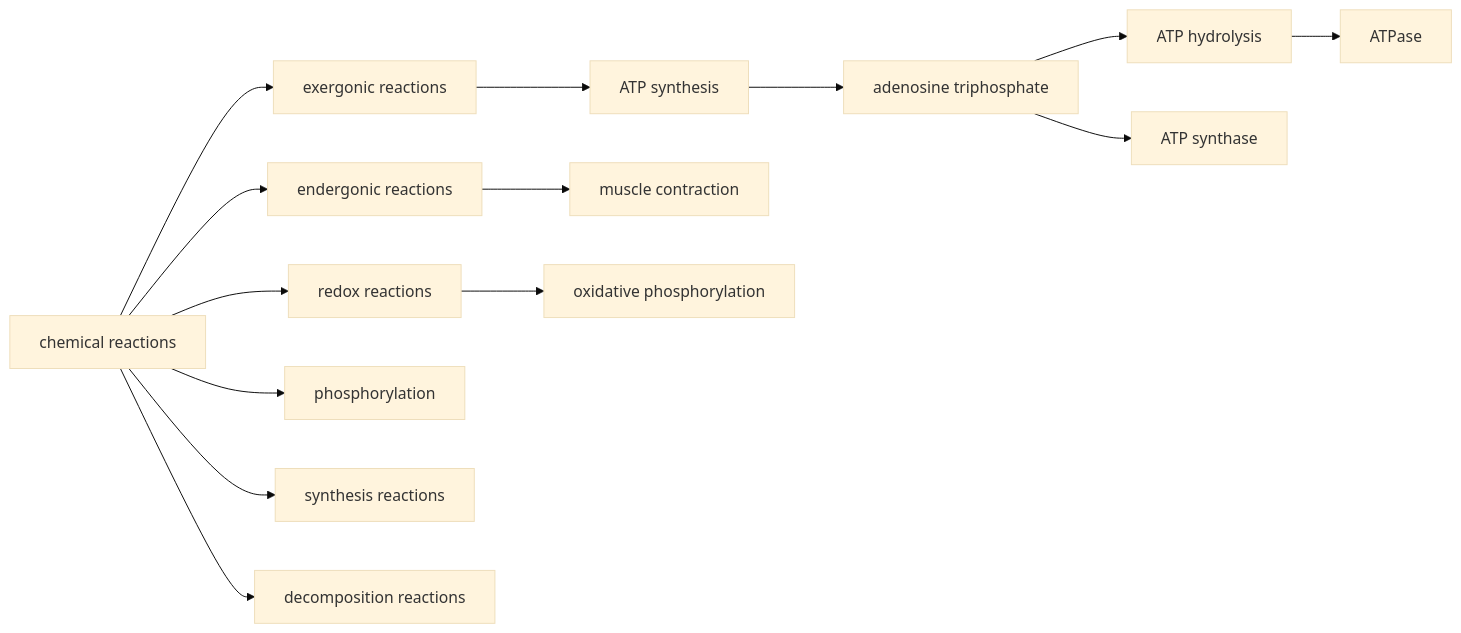
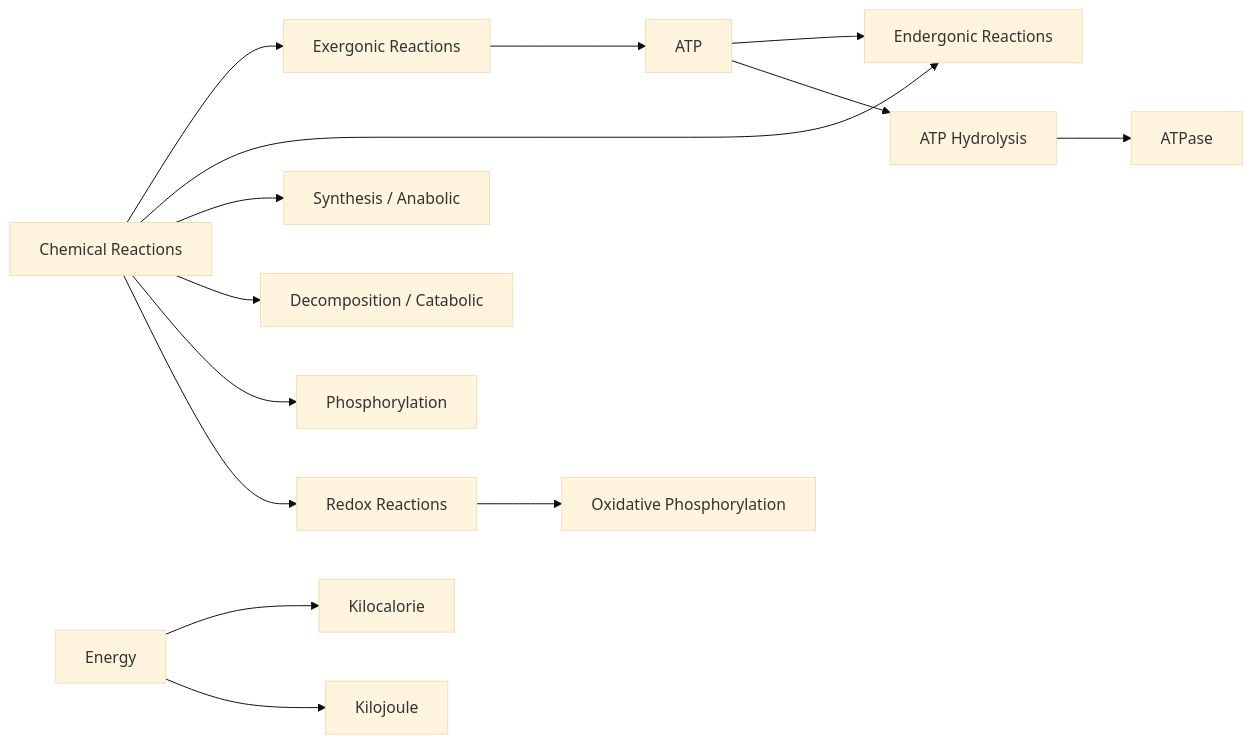
Before and after one commit to shosho-chang/nakama: the fourth of 13 diagrams in tests/fixtures/golden/bse-ch3-expected/bse-ch3.md, drawn with Mermaid (base theme). The commit also changed other lines of this file and 150 other files, not shown here.

````diff
--- a/tests/fixtures/golden/bse-ch3-expected/bse-ch3.md
+++ b/tests/fixtures/golden/bse-ch3-expected/bse-ch3.md
@@ -991,16 +991,16 @@
 ```mermaid
 flowchart LR
-  A[chemical reactions] --> B[exergonic reactions]
-  A --> C[endergonic reactions]
-  B --> D[ATP synthesis]
-  C --> E[muscle contraction]
-  D --> F[adenosine triphosphate]
-  F --> G[ATP hydrolysis]
-  G --> H[ATPase]
-  F --> I[ATP synthase]
-  A --> J[redox reactions]
-  J --> K[oxidative phosphorylation]
-  A --> L[phosphorylation]
-  A --> M[synthesis reactions]
-  A --> N[decomposition reactions]
+  ChemicalReactions[Chemical Reactions] --> Exergonic[Exergonic Reactions]
+  ChemicalReactions --> Endergonic[Endergonic Reactions]
+  Exergonic --> ATP
+  ATP --> Endergonic
+  ATP --> ATPHydrolysis[ATP Hydrolysis]
+  ATPHydrolysis --> ATPase
+  ChemicalReactions --> Synthesis[Synthesis / Anabolic]
+  ChemicalReactions --> Decomposition[Decomposition / Catabolic]
+  ChemicalReactions --> Phosphorylation
+  ChemicalReactions --> Redox[Redox Reactions]
+  Redox --> OxidativePhosphorylation[Oxidative Phosphorylation]
+  Energy --> Kilocalorie
+  Energy --> Kilojoule
 ```
````
